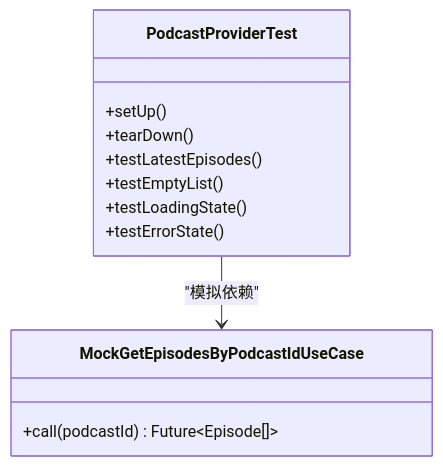
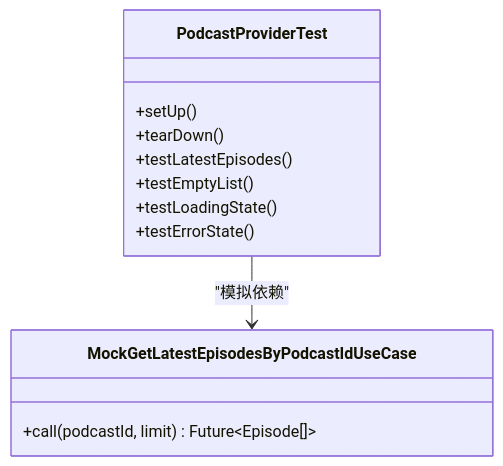
Before and after one commit to ZTfer/Tinycast: the third of 11 diagrams in .qoder/repowiki/zh/content/开发指南/测试策略.md, drawn with Mermaid. The commit also changed other lines of this file and 187 other files, not shown here.

````diff
--- a/.qoder/repowiki/zh/content/开发指南/测试策略.md
+++ b/.qoder/repowiki/zh/content/开发指南/测试策略.md
@@ -126,15 +142,15 @@
 ```mermaid
 classDiagram
 class PodcastProviderTest {
 +setUp()
 +tearDown()
 +testLatestEpisodes()
 +testEmptyList()
 +testLoadingState()
 +testErrorState()
 }
-class MockGetEpisodesByPodcastIdUseCase {
-+call(podcastId) Future~Episode[]~
+class MockGetLatestEpisodesByPodcastIdUseCase {
++call(podcastId, limit) Future~Episode[]~
 }
-PodcastProviderTest --> MockGetEpisodesByPodcastIdUseCase : "模拟依赖"
+PodcastProviderTest --> MockGetLatestEpisodesByPodcastIdUseCase : "模拟依赖"
 ```
````
